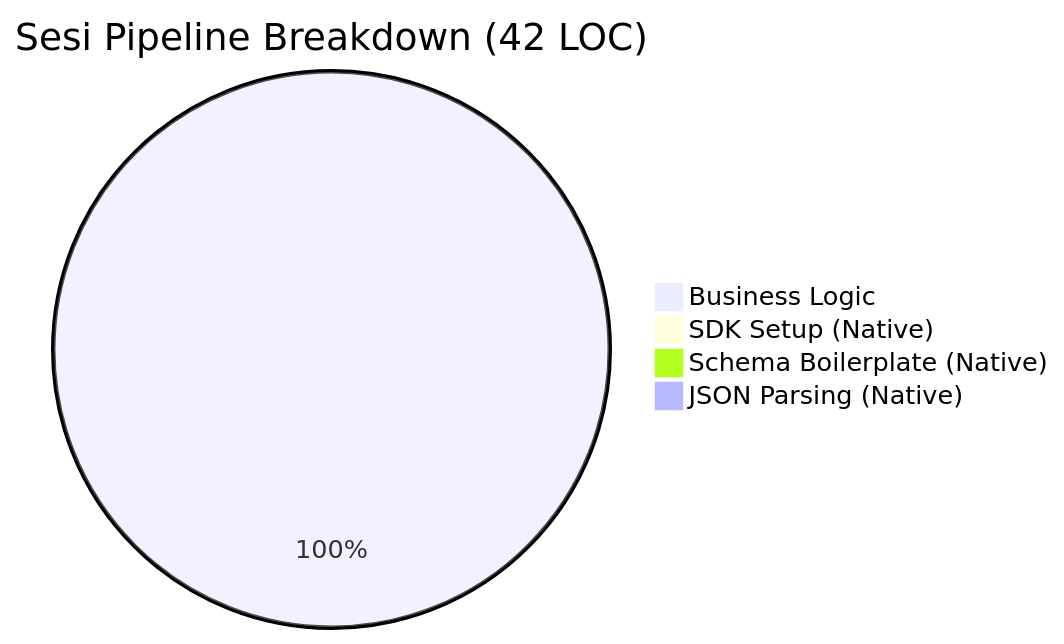
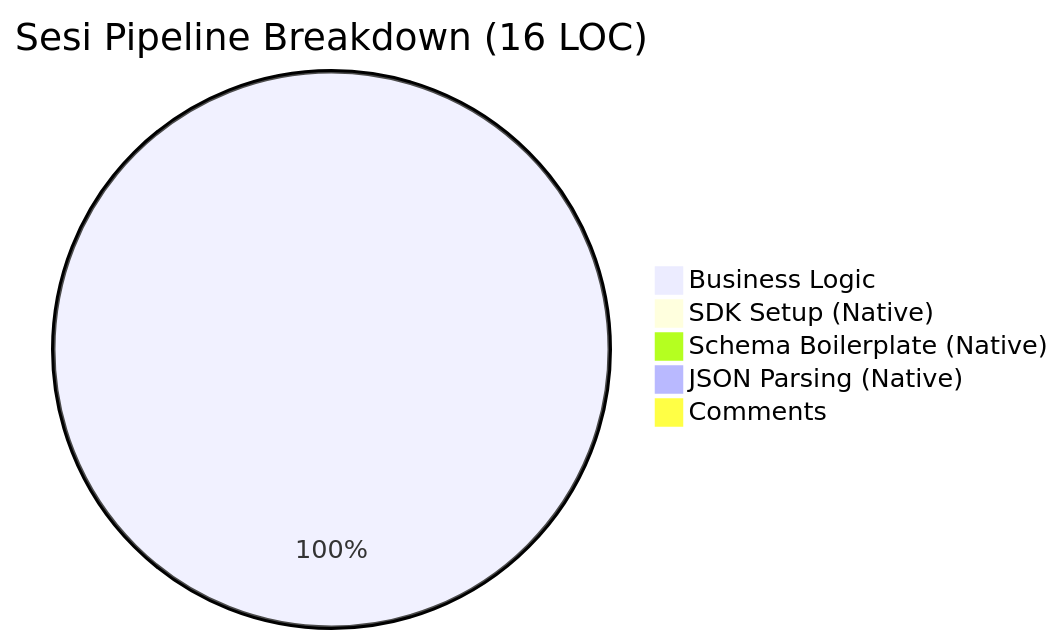
One commit to Misterscan/Sesi changed the third of 3 diagrams in docs/COMPARISON.md. Above: the diagram before and after it, drawn with Mermaid. The commit also changed other lines of this file and 50 other files, not shown here.

````diff
--- a/docs/COMPARISON.md
+++ b/docs/COMPARISON.md
@@ -33,7 +34,8 @@
 ```mermaid
-pie title Sesi Pipeline Breakdown (42 LOC)
-    "Business Logic" : 42
+pie title Sesi Pipeline Breakdown (16 LOC)
+    "Business Logic" : 16
     "SDK Setup (Native)" : 0
     "Schema Boilerplate (Native)" : 0
     "JSON Parsing (Native)" : 0
+    "Comments" : 0
 ```
````
